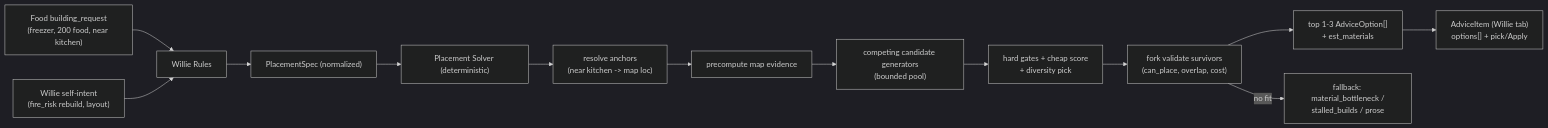
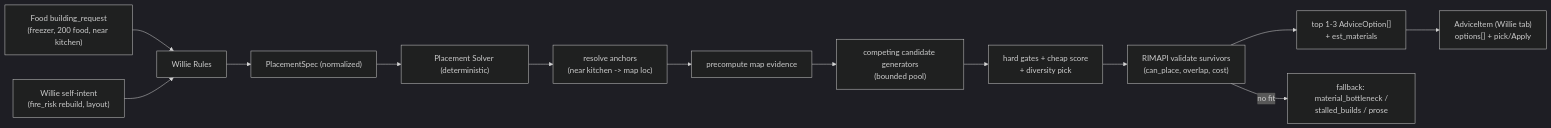
Before and after one commit to ocaspi-sc/RimBob: the diagram in .plans/placement-solver.md, drawn with Mermaid (dark theme). The commit also changed other lines of this file and 4 other files, not shown here.

````diff
--- a/.plans/placement-solver.md
+++ b/.plans/placement-solver.md
@@ -26,15 +30,15 @@
 ```mermaid
 flowchart LR
   FR["Food building_request<br/>(freezer, 200 food, near kitchen)"] --> R["Willie Rules"]
   IN["Willie self-intent<br/>(fire_risk rebuild, layout)"] --> R
   R --> SPEC["PlacementSpec (normalized)"]
   SPEC --> PS["Placement Solver (deterministic)"]
   PS --> A["resolve anchors<br/>(near kitchen -> map loc)"]
   A --> EVID["precompute map evidence"]
   EVID --> GEN["competing candidate generators<br/>(bounded pool)"]
   GEN --> SCORE["hard gates + cheap score<br/>+ diversity pick"]
-  SCORE --> VAL["fork validate survivors<br/>(can_place, overlap, cost)"]
+  SCORE --> VAL["RIMAPI validate survivors<br/>(can_place, overlap, cost)"]
   VAL --> OPT["top 1-3 AdviceOption[]<br/>+ est_materials"]
   OPT --> ADV["AdviceItem (Willie tab)<br/>options[] + pick/Apply"]
   VAL -->|no fit| FB["fallback: material_bottleneck /<br/>stalled_builds / prose"]
 ```
````
